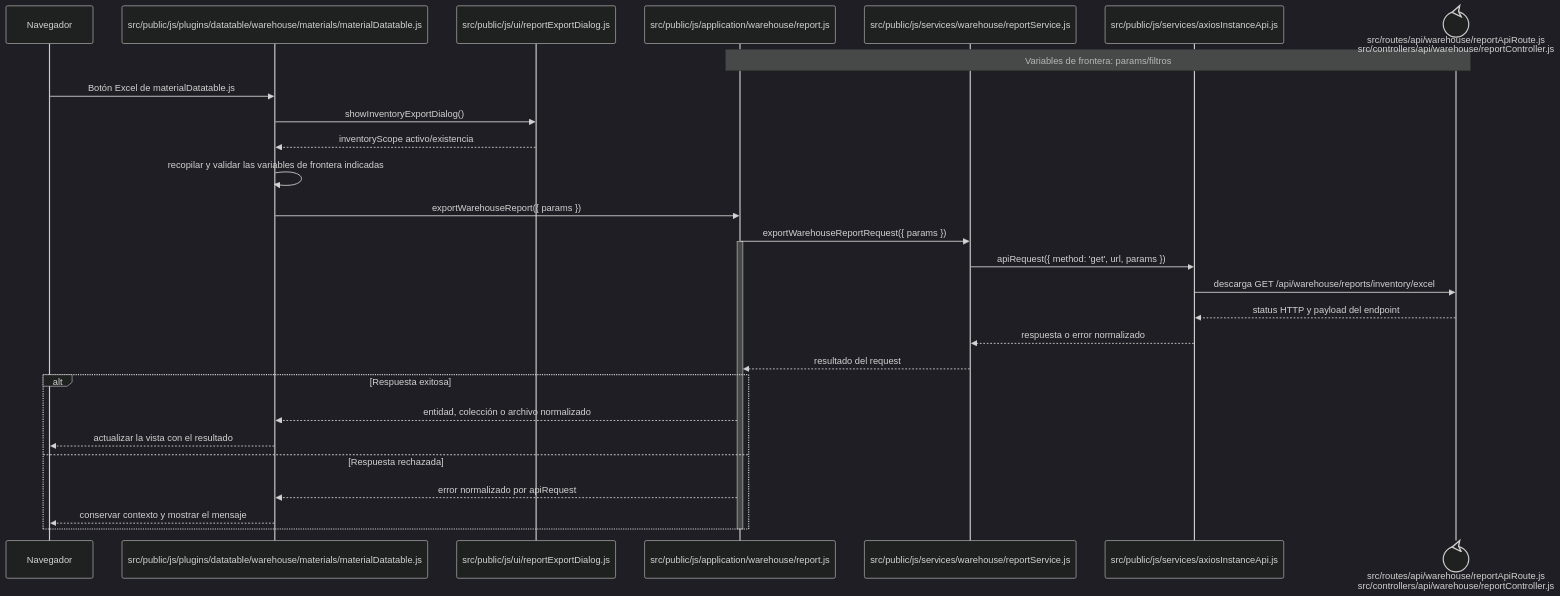
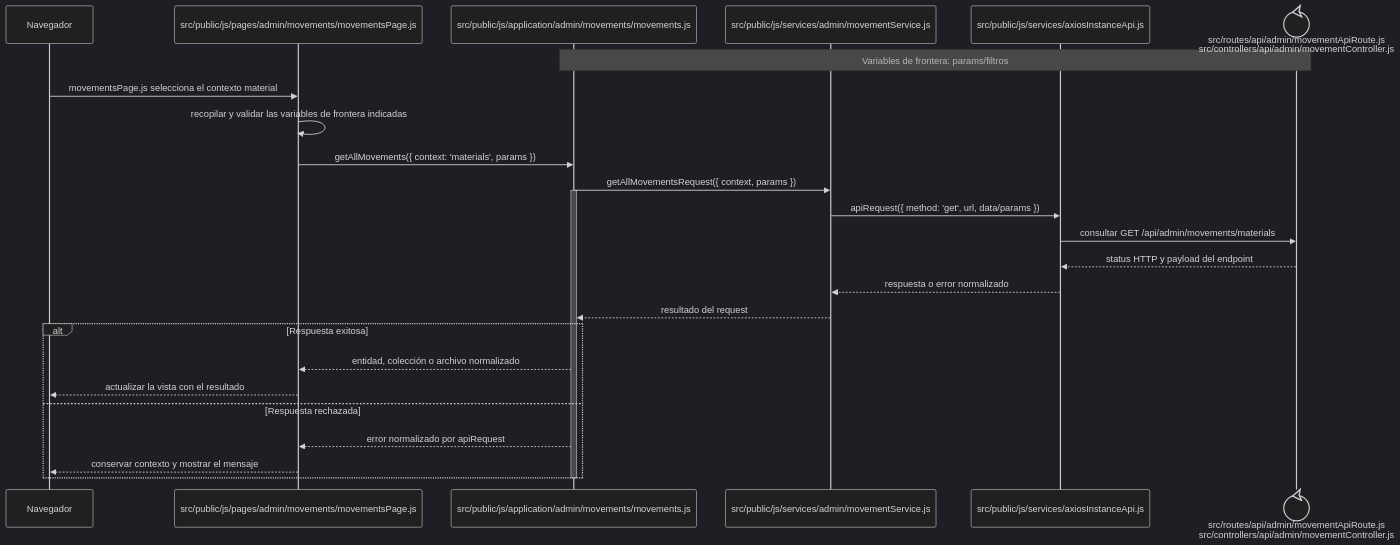
Before and after one commit to gpgsistemas01/nexus: the diagram in docs/architecture/frontend-code-sequences/catalogs/cu-cat-07.md, drawn with Mermaid (dark theme). The commit also changed other lines of this file and 207 other files, not shown here.

````diff
--- a/docs/architecture/frontend-code-sequences/catalogs/cu-cat-07.md
+++ b/docs/architecture/frontend-code-sequences/catalogs/cu-cat-07.md
@@ -6,32 +6,29 @@
 ```mermaid
 sequenceDiagram
     participant Browser as Navegador
-    participant View as src/public/js/plugins/datatable/warehouse/materials/materialDatatable.js
-    participant Dialog as src/public/js/ui/reportExportDialog.js
-    participant Application as src/public/js/application/warehouse/report.js
-    participant Request as src/public/js/services/warehouse/reportService.js
+    participant View as src/public/js/pages/admin/movements/movementsPage.js
+    participant Application as src/public/js/application/admin/movements/movements.js
+    participant Request as src/public/js/services/admin/movementService.js
     participant HTTP as src/public/js/services/axiosInstanceApi.js
-    participant Transport@{ "type": "control" } as src/routes/api/warehouse/reportApiRoute.js<br/>src/controllers/api/warehouse/reportController.js
+    participant Transport@{ "type": "control" } as src/routes/api/admin/movementApiRoute.js<br/>src/controllers/api/admin/movementController.js
     Note over Application,Transport: Variables de frontera: params/filtros
 
-    Browser->>View: Botón Excel de materialDatatable.js
-    View->>Dialog: showInventoryExportDialog()
-    Dialog-->>View: inventoryScope activo/existencia
+    Browser->>View: movementsPage.js selecciona el contexto material
     View->>View: recopilar y validar las variables de frontera indicadas
-    View->>Application: exportWarehouseReport({ params })
-    Application->>Request: exportWarehouseReportRequest({ params })
+    View->>Application: getAllMovements({ context: 'materials', params })
+    Application->>Request: getAllMovementsRequest({ context, params })
     activate Application
-    Request->>HTTP: apiRequest({ method: 'get', url, params })
-    HTTP->>Transport: descarga GET /api/warehouse/reports/inventory/excel
+    Request->>HTTP: apiRequest({ method: 'get', url, data/params })
+    HTTP->>Transport: consultar GET /api/admin/movements/materials
     Transport-->>HTTP: status HTTP y payload del endpoint
     HTTP-->>Request: respuesta o error normalizado
     Request-->>Application: resultado del request
     alt Respuesta exitosa
         Application-->>View: entidad, colección o archivo normalizado
         View-->>Browser: actualizar la vista con el resultado
     else Respuesta rechazada
         Application-->>View: error normalizado por apiRequest
         View-->>Browser: conservar contexto y mostrar el mensaje
     end
     deactivate Application
 ```
````
